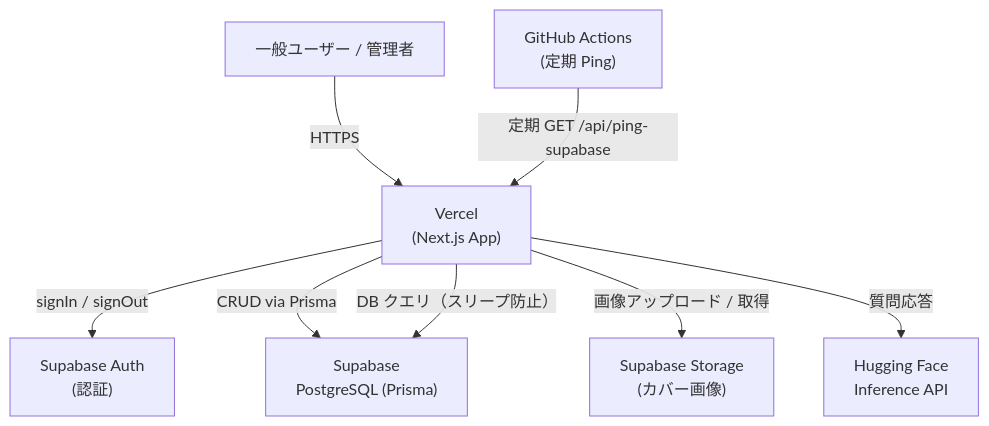
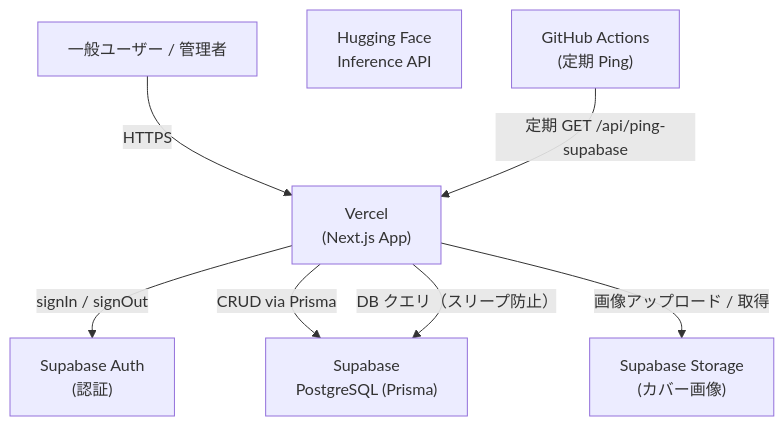
Before and after one commit to clay-kent/nextjs: the diagram in README.md, drawn with Mermaid. The commit also changed other lines of this file, not shown here.

````diff
--- a/README.md
+++ b/README.md
@@ -71,18 +74,17 @@
 ```mermaid
 graph TD
     User["一般ユーザー / 管理者"]
     Vercel["Vercel\n(Next.js App)"]
     Supabase_Auth["Supabase Auth\n(認証)"]
     Supabase_DB["Supabase\nPostgreSQL (Prisma)"]
     Supabase_Storage["Supabase Storage\n(カバー画像)"]
     HuggingFace["Hugging Face\nInference API"]
     GA["GitHub Actions\n(定期 Ping)"]
 
     User -->|HTTPS| Vercel
     Vercel -->|signIn / signOut| Supabase_Auth
     Vercel -->|CRUD via Prisma| Supabase_DB
     Vercel -->|画像アップロード / 取得| Supabase_Storage
-    Vercel -->|質問応答| HuggingFace
     GA -->|定期 GET /api/ping-supabase| Vercel
     Vercel -->|DB クエリ（スリープ防止）| Supabase_DB
 ```
````
